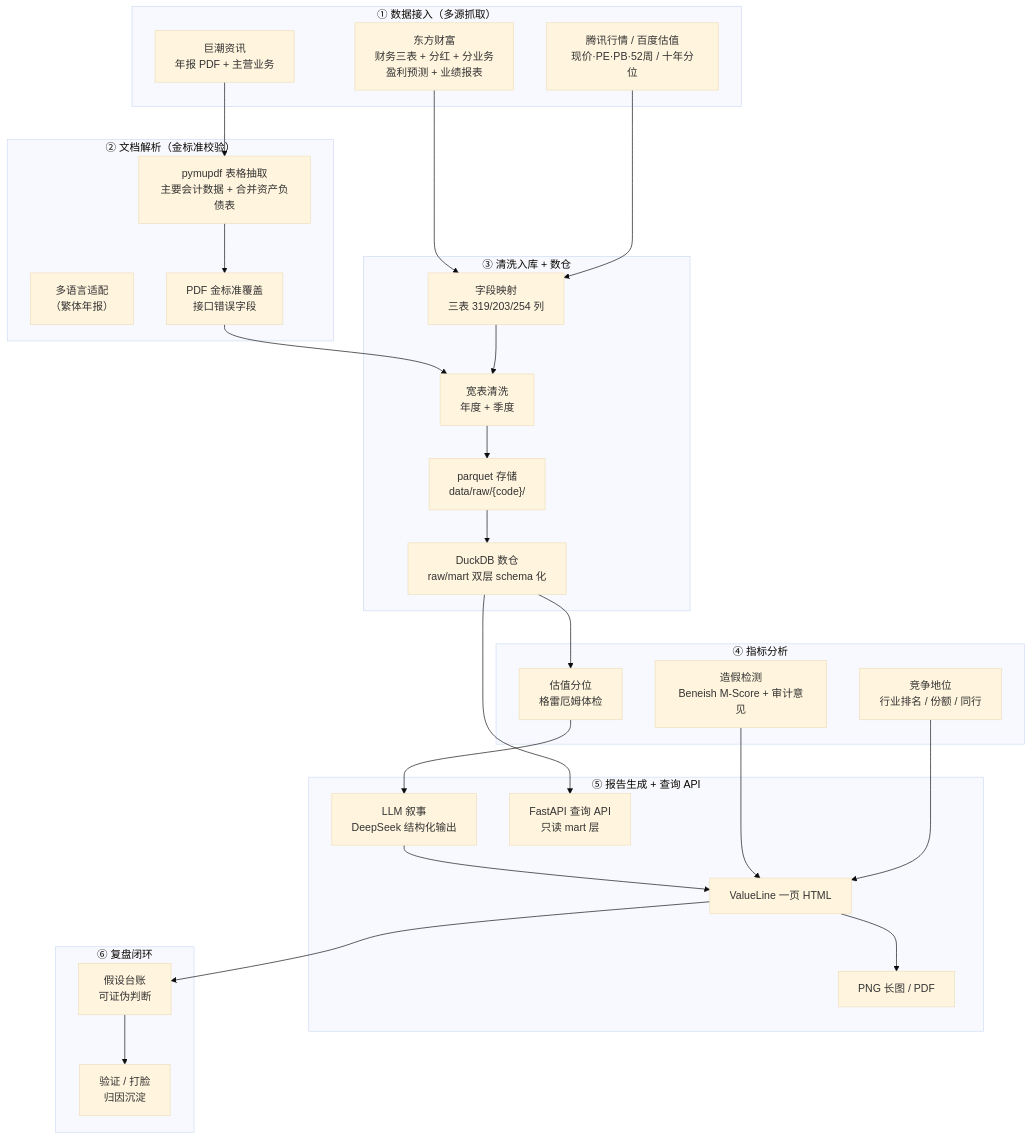
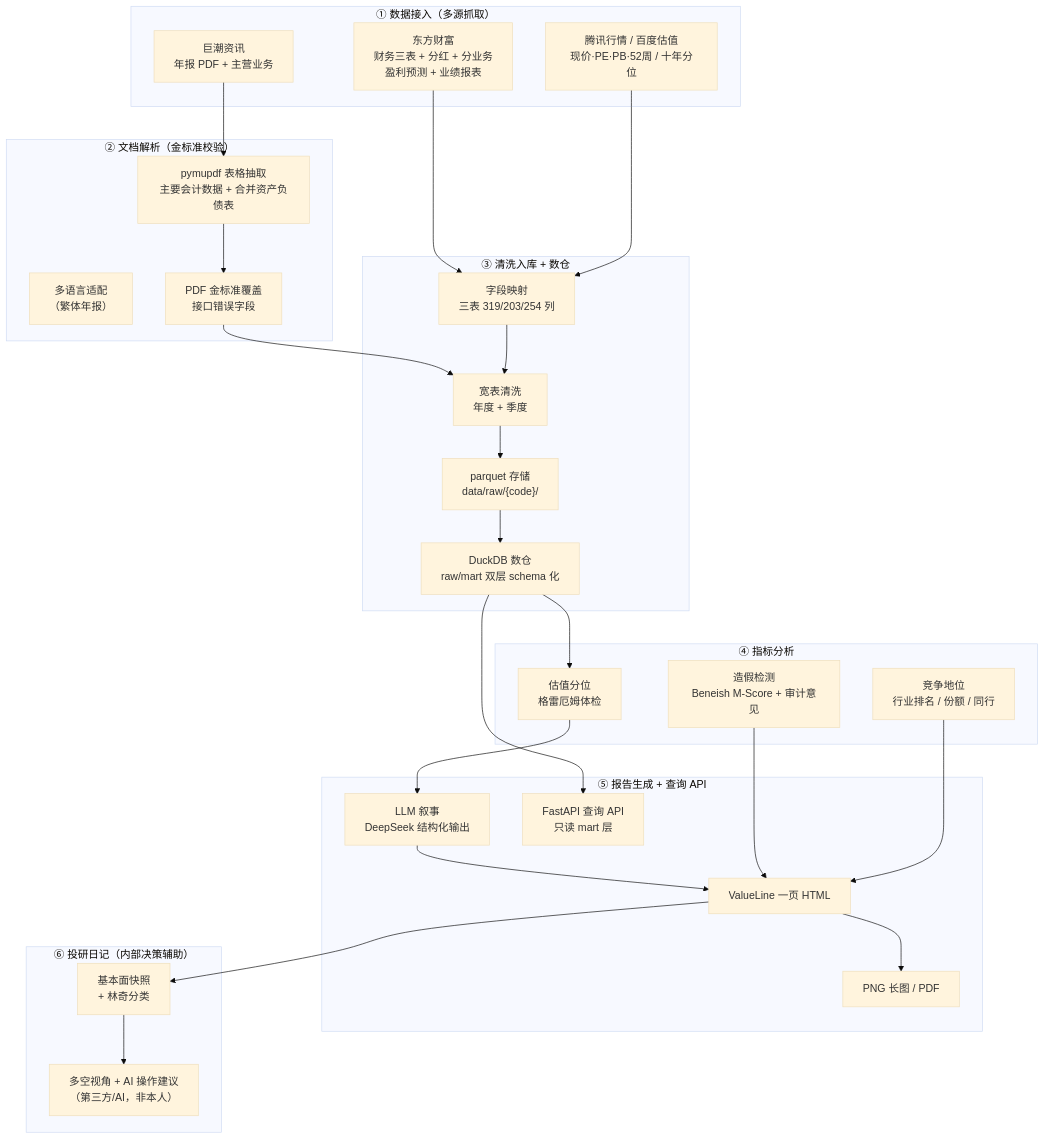
The diagram in README.md (lx126126/ai_augmented_fundamental_investment), drawn with Mermaid (base theme) before and after one commit. The commit also changed other lines of this file and 1 other file, not shown here.

First line of the commit message:
docs: 同步 README 与架构文档（港股支持 + 投研日记 + 估值分位修正）

````diff
--- a/README.md
+++ b/README.md
@@ -9,52 +9,52 @@
 ```mermaid
 flowchart TB
     subgraph ING["① 数据接入（多源抓取）"]
         A1["东方财富<br/>财务三表 + 分红 + 分业务<br/>盈利预测 + 业绩报表"]
         A2["巨潮资讯<br/>年报 PDF + 主营业务"]
         A3["腾讯行情 / 百度估值<br/>现价·PE·PB·52周 / 十年分位"]
     end
 
     subgraph PARSE["② 文档解析（金标准校验）"]
         B1["pymupdf 表格抽取<br/>主要会计数据 + 合并资产负债表"]
         B2["多语言适配<br/>（繁体年报）"]
         B3["PDF 金标准覆盖<br/>接口错误字段"]
     end
 
     subgraph STORE["③ 清洗入库 + 数仓"]
         C1["字段映射<br/>三表 319/203/254 列"]
         C2["宽表清洗<br/>年度 + 季度"]
         C3["parquet 存储<br/>data/raw/{code}/"]
         C4["DuckDB 数仓<br/>raw/mart 双层 schema 化"]
     end
 
     subgraph ANALYZE["④ 指标分析"]
         D1["估值分位<br/>格雷厄姆体检"]
         D2["造假检测<br/>Beneish M-Score + 审计意见"]
         D3["竞争地位<br/>行业排名 / 份额 / 同行"]
     end
 
     subgraph REPORT["⑤ 报告生成 + 查询 API"]
         E1["LLM 叙事<br/>DeepSeek 结构化输出"]
         E2["ValueLine 一页 HTML"]
         E3["PNG 长图 / PDF"]
         E4["FastAPI 查询 API<br/>只读 mart 层"]
     end
 
-    subgraph REVIEW["⑥ 复盘闭环"]
-        F1["假设台账<br/>可证伪判断"]
-        F2["验证 / 打脸<br/>归因沉淀"]
+    subgraph REVIEW["⑥ 投研日记（内部决策辅助）"]
+        F1["基本面快照<br/>+ 林奇分类"]
+        F2["多空视角 + AI 操作建议<br/>（第三方/AI，非本人）"]
     end
 
     A1 --> C1
     A2 --> B1
     A3 --> C1
     B1 --> B3
     B3 --> C2
     C1 --> C2 --> C3 --> C4
     C4 --> E4
     C4 --> D1
     D1 --> E1 --> E2 --> E3
     D2 --> E2
     D3 --> E2
     E2 --> F1 --> F2
 ```
````
